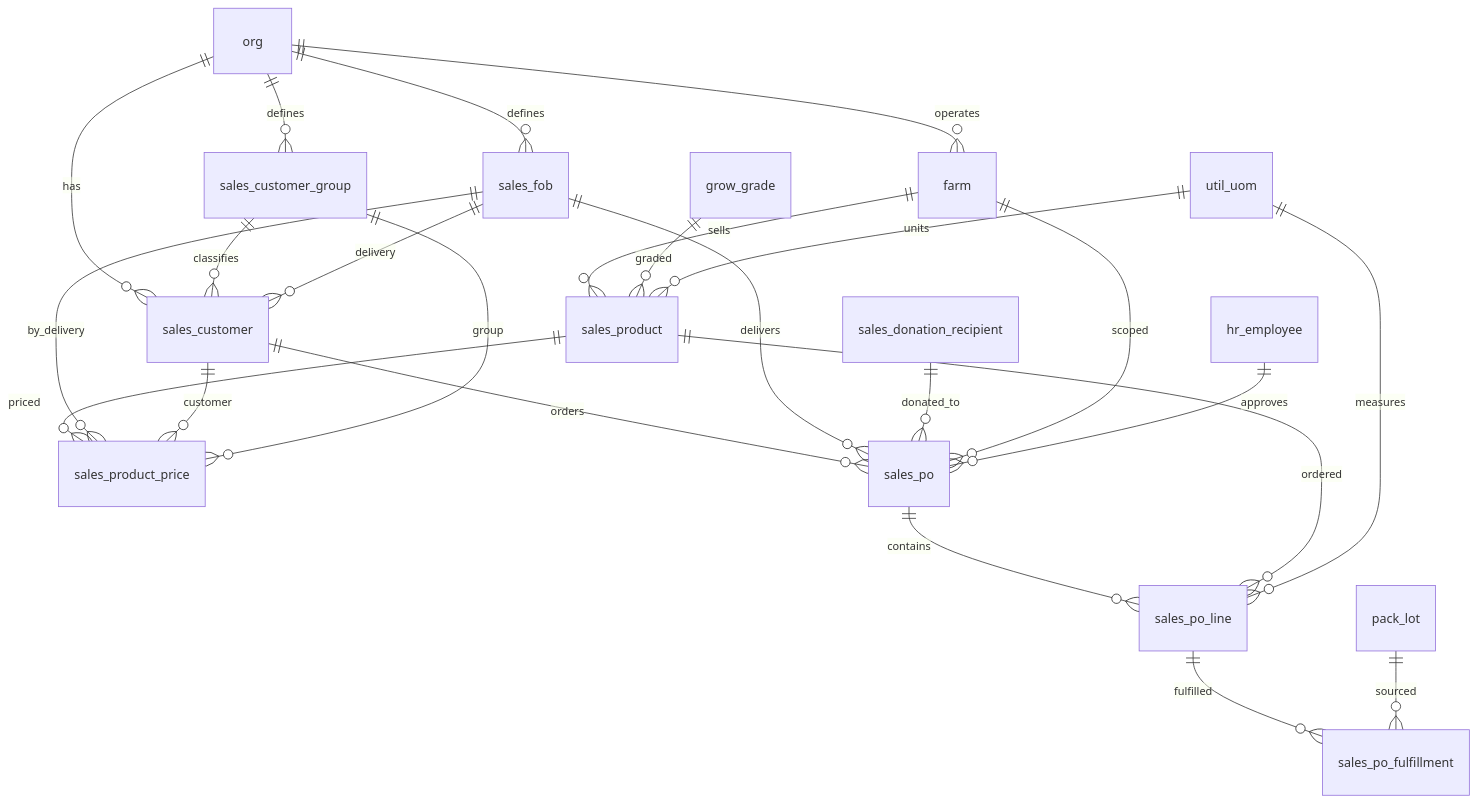
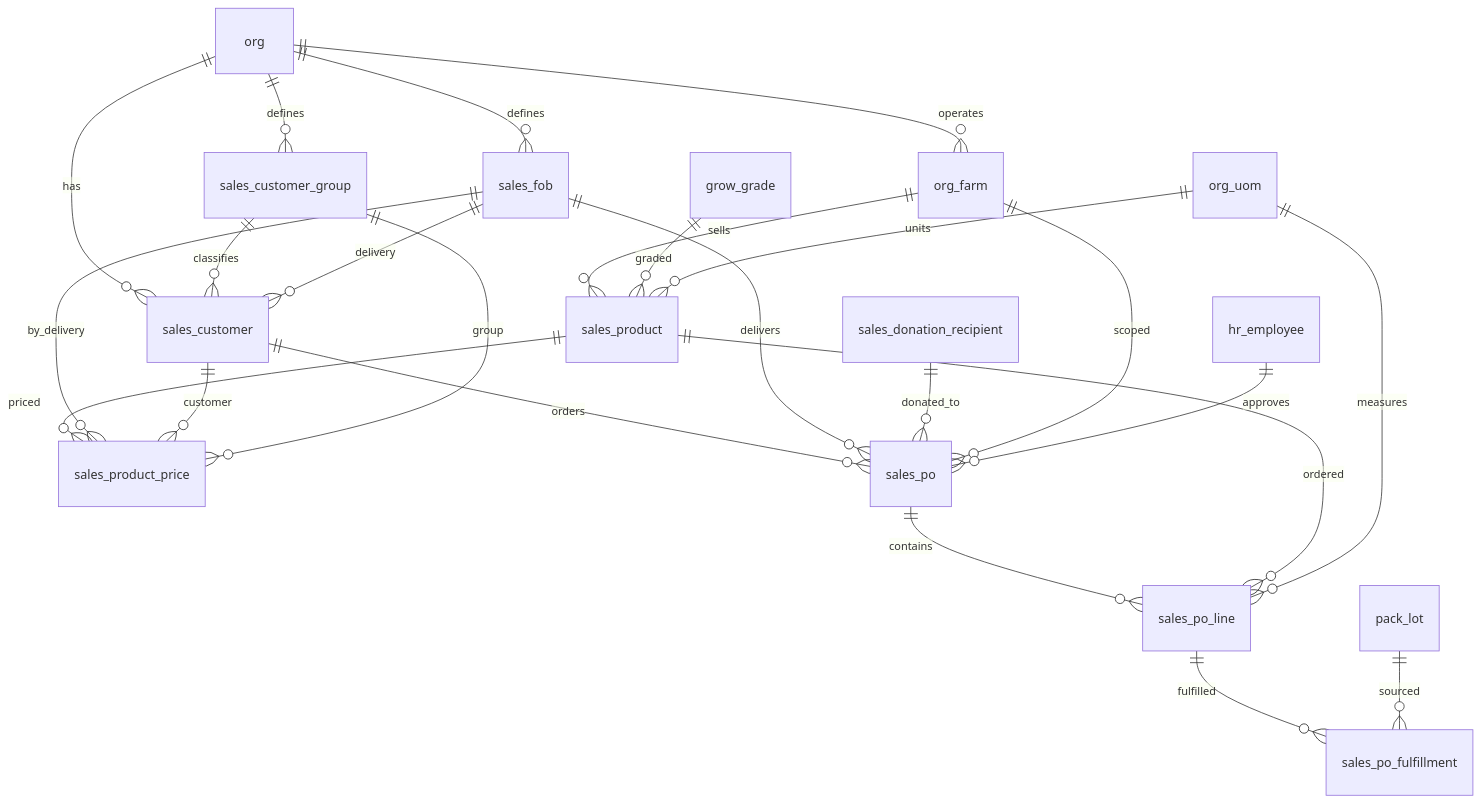
The diagram in docs/schemas/20260319_06_sales.md (Hawaii-Farming/aloha-app), drawn with Mermaid before and after one commit. The commit also changed other lines of this file and 51 other files, not shown here.

First line of the commit message:
Rename org tables (util_uom→org_uom, farm→org_farm, site→org_site), rewrite conventions from LENNY spec

````diff
--- a/docs/schemas/20260319_06_sales.md
+++ b/docs/schemas/20260319_06_sales.md
@@ -11,26 +11,26 @@
 ```mermaid
 erDiagram
-    org ||--o{ farm : operates
+    org ||--o{ org_farm : operates
     org ||--o{ sales_fob : defines
     org ||--o{ sales_customer_group : defines
     org ||--o{ sales_customer : has
     sales_customer_group ||--o{ sales_customer : classifies
     sales_fob ||--o{ sales_customer : delivery
-    farm ||--o{ sales_product : sells
+    org_farm ||--o{ sales_product : sells
     grow_grade ||--o{ sales_product : graded
-    util_uom ||--o{ sales_product : units
+    org_uom ||--o{ sales_product : units
     sales_product ||--o{ sales_product_price : priced
     sales_fob ||--o{ sales_product_price : by_delivery
     sales_customer ||--o{ sales_product_price : customer
     sales_customer_group ||--o{ sales_product_price : group
     sales_customer ||--o{ sales_po : orders
     sales_fob ||--o{ sales_po : delivers
     sales_donation_recipient ||--o{ sales_po : donated_to
-    farm ||--o{ sales_po : scoped
+    org_farm ||--o{ sales_po : scoped
     sales_po ||--o{ sales_po_line : contains
     sales_product ||--o{ sales_po_line : ordered
-    util_uom ||--o{ sales_po_line : measures
+    org_uom ||--o{ sales_po_line : measures
     sales_po_line ||--o{ sales_po_fulfillment : fulfilled
     pack_lot ||--o{ sales_po_fulfillment : sourced
     hr_employee ||--o{ sales_po : approves
 ```
````
